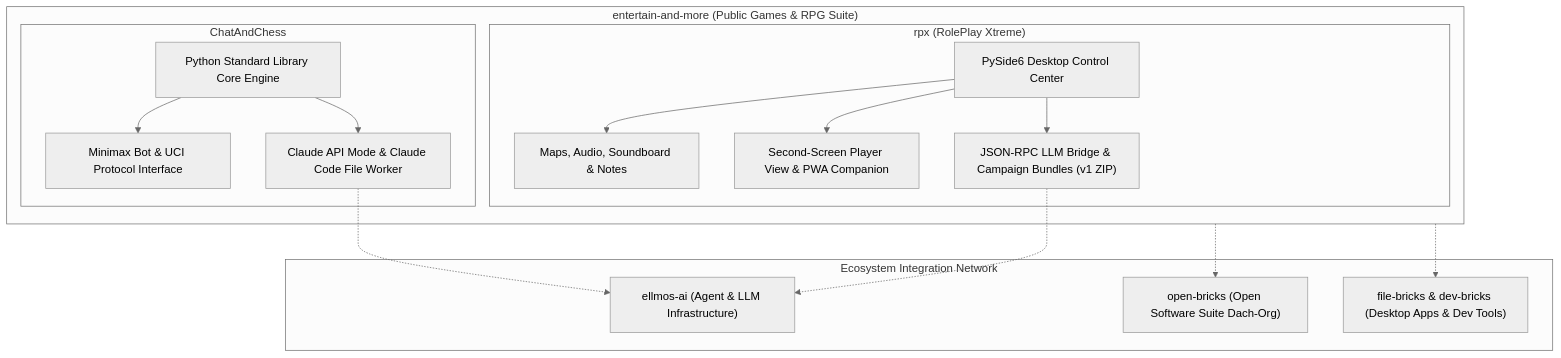
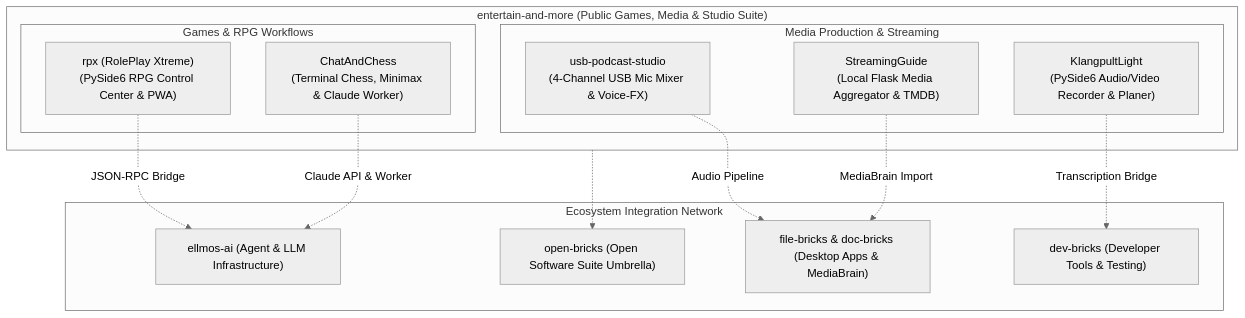
One commit to entertain-and-more/.github changed the diagram in profile/README.md. Above: the diagram before and after it, drawn with Mermaid (neutral theme). The commit also changed other lines of this file and 3 other files, not shown here.

Commit message:
docs(profile): audit & index all 5 public repos including missing podcast, streaming & recorder apps [G 2026-07-27]

````diff
--- a/profile/README.md
+++ b/profile/README.md
@@ -37,33 +40,29 @@
 ```mermaid
 graph TD
-    subgraph Org ["entertain-and-more (Public Games & RPG Suite)"]
-        subgraph CC ["ChatAndChess"]
-            CC_Core["Python Standard Library Core Engine"]
-            CC_Bot["Minimax Bot & UCI Protocol Interface"]
-            CC_AI["Claude API Mode & Claude Code File Worker"]
-            CC_Core --> CC_Bot
-            CC_Core --> CC_AI
+    subgraph Org ["entertain-and-more (Public Games, Media & Studio Suite)"]
+        subgraph Gaming ["Games & RPG Workflows"]
+            CC["ChatAndChess<br/>(Terminal Chess, Minimax & Claude Worker)"]
+            RPX["rpx (RolePlay Xtreme)<br/>(PySide6 RPG Control Center & PWA)"]
         end
 
-        subgraph RPX ["rpx (RolePlay Xtreme)"]
-            RPX_GUI["PySide6 Desktop Control Center"]
-            RPX_Tools["Maps, Audio, Soundboard & Notes"]
-            RPX_View["Second-Screen Player View & PWA Companion"]
-            RPX_RPC["JSON-RPC LLM Bridge & Campaign Bundles (v1 ZIP)"]
-            RPX_GUI --> RPX_Tools
-            RPX_GUI --> RPX_View
-            RPX_GUI --> RPX_RPC
+        subgraph Media ["Media Production & Streaming"]
+            UPS["usb-podcast-studio<br/>(4-Channel USB Mic Mixer & Voice-FX)"]
+            SG["StreamingGuide<br/>(Local Flask Media Aggregator & TMDB)"]
+            KPL["KlangpultLight<br/>(PySide6 Audio/Video Recorder & Planer)"]
         end
     end
 
     subgraph Eco ["Ecosystem Integration Network"]
         ELLMOS["ellmos-ai (Agent & LLM Infrastructure)"]
-        OPEN["open-bricks (Open Software Suite Dach-Org)"]
-        DESK["file-bricks & dev-bricks (Desktop Apps & Dev Tools)"]
+        OPEN["open-bricks (Open Software Suite Umbrella)"]
+        DESK["file-bricks & doc-bricks (Desktop Apps & MediaBrain)"]
+        DEV["dev-bricks (Developer Tools & Testing)"]
     end
 
-    CC_AI -.-> ELLMOS
-    RPX_RPC -.-> ELLMOS
+    CC -.->|Claude API & Worker| ELLMOS
+    RPX -.->|JSON-RPC Bridge| ELLMOS
+    SG -.->|MediaBrain Import| DESK
+    UPS -.->|Audio Pipeline| DESK
+    KPL -.->|Transcription Bridge| DEV
     Org -.-> OPEN
-    Org -.-> DESK
 ```
````
